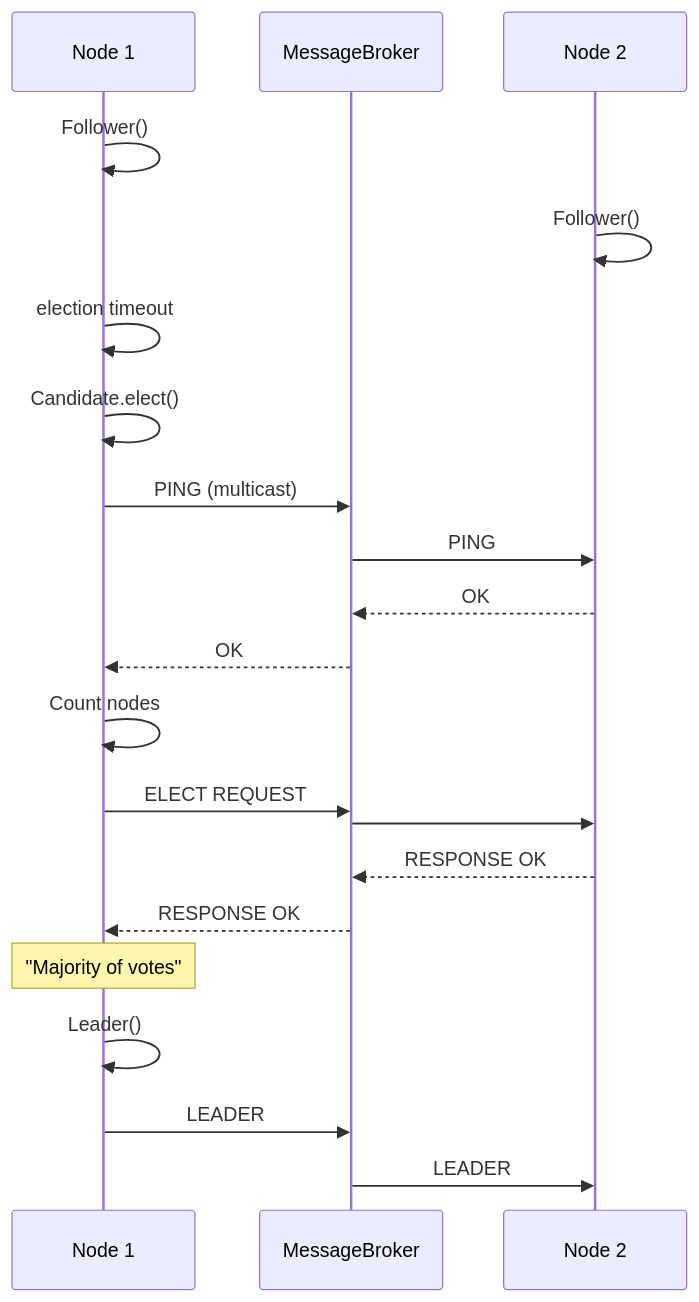
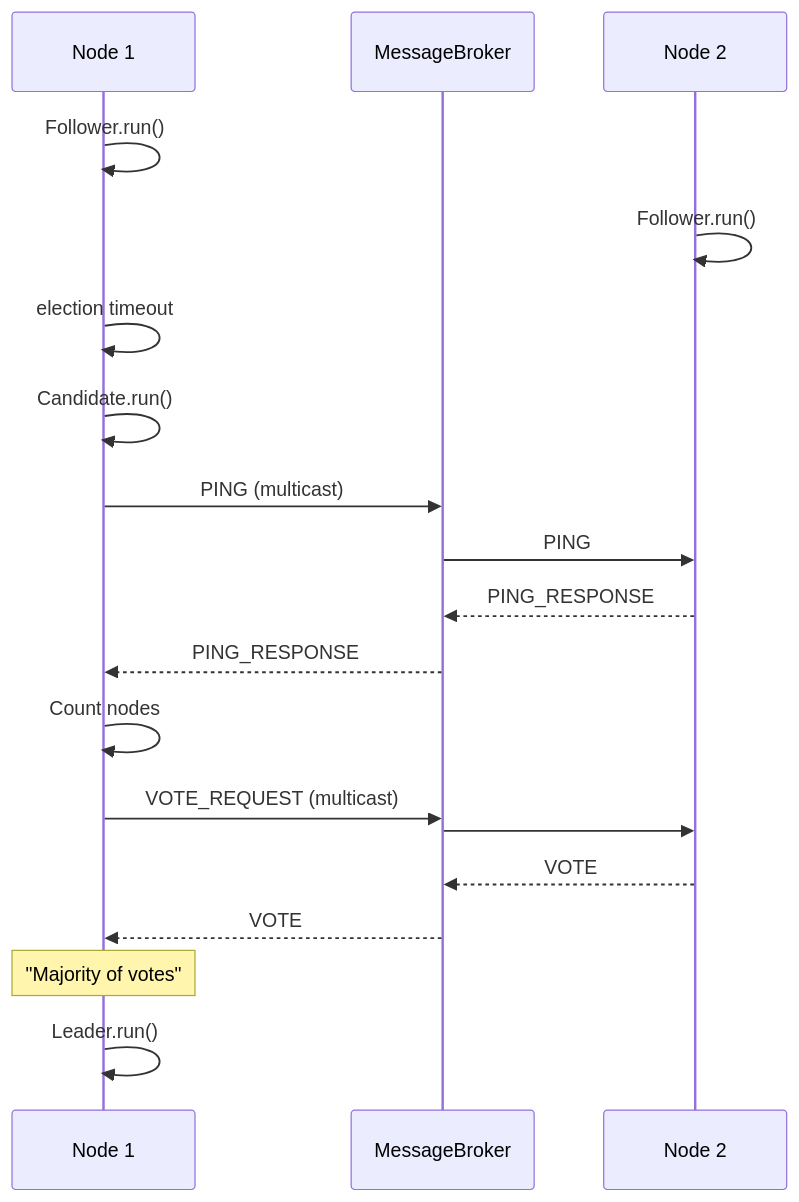
Before and after one commit to DS-project-2025-team/ds-project-2025: the second of 2 diagrams in docs/architecture.md, drawn with Mermaid.

Commit message:
docs(architecture): Update sequence diagram

````diff
--- a/docs/architecture.md
+++ b/docs/architecture.md
@@ -51,30 +51,28 @@
 ```mermaid
 sequenceDiagram
     participant Node1 as Node 1
     participant MessageBroker
     participant Node2 as Node 2
 
-    Node1 ->> Node1: Follower()
-    Node2 ->> Node2: Follower()
+    Node1 ->> Node1: Follower.run()
+    Node2 ->> Node2: Follower.run()
 
     Node1 ->> Node1: election timeout
-    Node1 ->> Node1: Candidate.elect()
+    Node1 ->> Node1: Candidate.run()
 
     Node1 ->> MessageBroker: PING (multicast)
     MessageBroker ->> Node2: PING
-    Node2 -->> MessageBroker: OK
-    MessageBroker -->> Node1: OK
+    Node2 -->> MessageBroker: PING_RESPONSE
+    MessageBroker -->> Node1: PING_RESPONSE
 
     Node1 ->> Node1: Count nodes
 
-    Node1 ->> MessageBroker: ELECT REQUEST
+    Node1 ->> MessageBroker: VOTE_REQUEST (multicast)
     MessageBroker ->> Node2:
 
-    Node2 -->> MessageBroker: RESPONSE OK
-    MessageBroker -->> Node1: RESPONSE OK
+    Node2 -->> MessageBroker: VOTE
+    MessageBroker -->> Node1: VOTE
 
     Note over Node1: "Majority of votes"
-    Node1 ->> Node1: Leader()
-    Node1 ->> MessageBroker: LEADER
-    MessageBroker ->> Node2: LEADER
+    Node1 ->> Node1: Leader.run()
 ```
````
